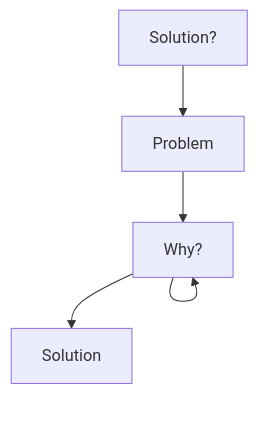
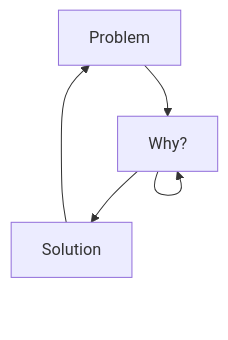
Before and after one commit to Jerome-Spaeter/Jerome-Spaeter: the diagram in README.md, drawn with Mermaid.

````diff
--- a/README.md
+++ b/README.md
@@ -42,9 +42,9 @@
 ```mermaid
   graph TD;
       Problem-->Why?;
       Why?-->Why?;
       Why?-->Why?;
       Why?-->Why?;
       Why?-->Solution;
-      Solution?-->Problem;
+      Solution-->Problem;
 ```
````
